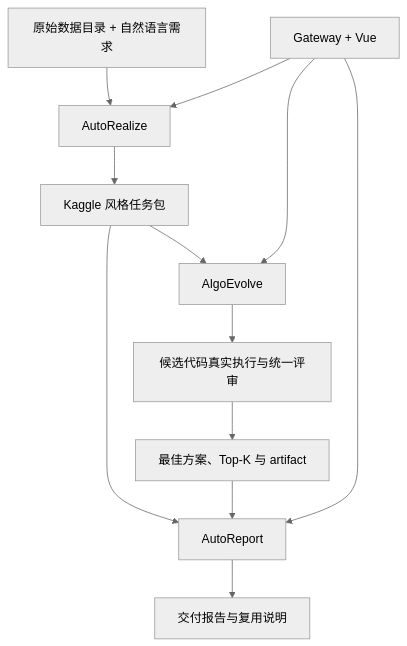
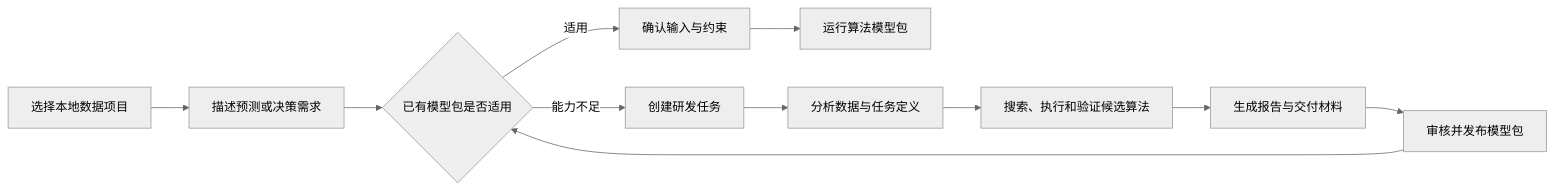
Before and after one commit to DonaLdZY/AutoDecision: the diagram in README.md, drawn with Mermaid (neutral theme). The commit also changed other lines of this file and 214 other files, not shown here.

````diff
--- a/README.md
+++ b/README.md
@@ -43,14 +18,13 @@
 ```mermaid
-flowchart TD
-    A["原始数据目录 + 自然语言需求"] --> B["AutoRealize"]
-    B --> C["Kaggle 风格任务包"]
-    C --> D["AlgoEvolve"]
-    D --> E["候选代码真实执行与统一评审"]
-    E --> F["最佳方案、Top-K 与 artifact"]
-    C --> G["AutoReport"]
-    F --> G
-    G --> H["交付报告与复用说明"]
-    I["Gateway + Vue"] --> B
-    I --> D
-    I --> G
+flowchart LR
+    A[选择本地数据项目] --> B[描述预测或决策需求]
+    B --> C{已有模型包是否适用}
+    C -->|适用| D[确认输入与约束]
+    D --> E[运行算法模型包]
+    C -->|能力不足| F[创建研发任务]
+    F --> G[分析数据与任务定义]
+    G --> H[搜索、执行和验证候选算法]
+    H --> I[生成报告与交付材料]
+    I --> J[审核并发布模型包]
+    J --> C
 ```
````
